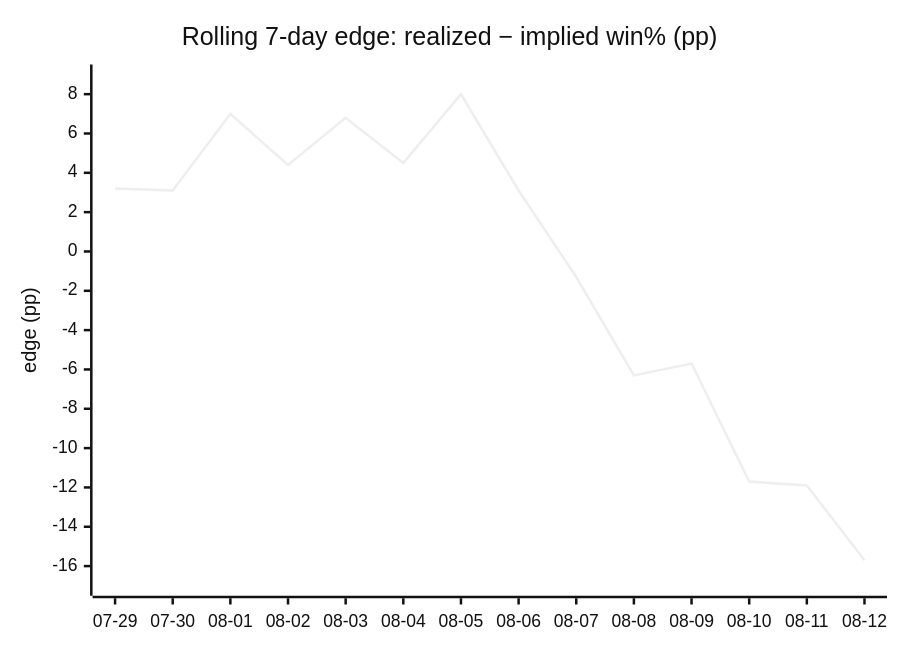
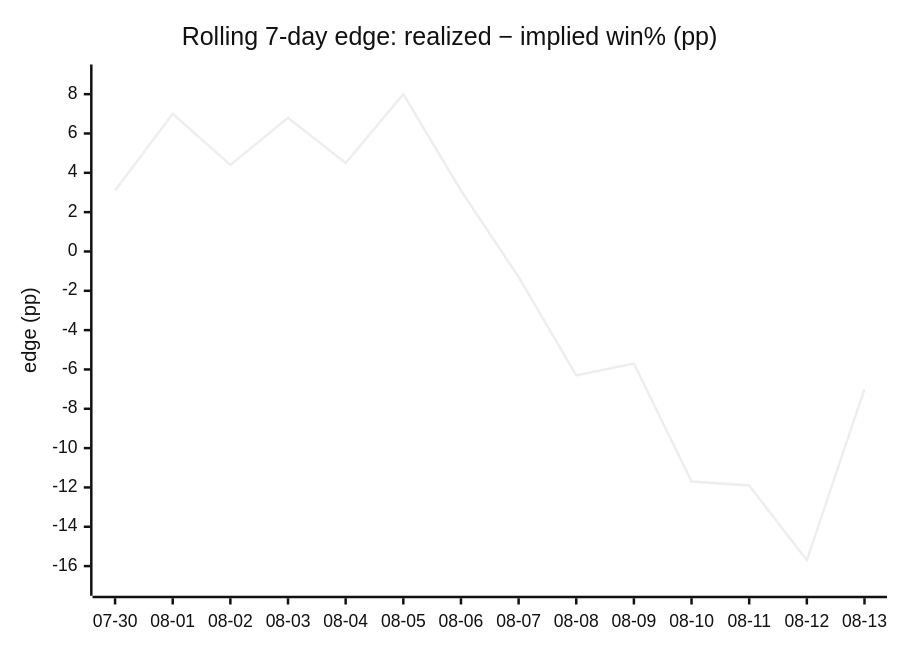
Before and after one commit to dpk1212/nhl-savant: the fourth of 4 diagrams in DAILY_AGSU_REPORT.md, drawn with Mermaid (neutral theme). The commit also changed other lines of this file, not shown here.

````diff
--- a/DAILY_AGSU_REPORT.md
+++ b/DAILY_AGSU_REPORT.md
@@ -797,7 +807,7 @@
 ```mermaid
 xychart-beta
     title "Rolling 7-day edge: realized − implied win% (pp)"
-    x-axis ["07-29", "07-30", "08-01", "08-02", "08-03", "08-04", "08-05", "08-06", "08-07", "08-08", "08-09", "08-10", "08-11", "08-12"]
+    x-axis ["07-30", "08-01", "08-02", "08-03", "08-04", "08-05", "08-06", "08-07", "08-08", "08-09", "08-10", "08-11", "08-12", "08-13"]
     y-axis "edge (pp)" -17 --> 9
-    line [3.2, 3.1, 7, 4.4, 6.8, 4.5, 8, 3.1, -1.3, -6.3, -5.7, -11.7, -11.9, -15.7]
+    line [3.1, 7, 4.4, 6.8, 4.5, 8, 3.1, -1.3, -6.3, -5.7, -11.7, -11.9, -15.7, -7]
 ```
````
